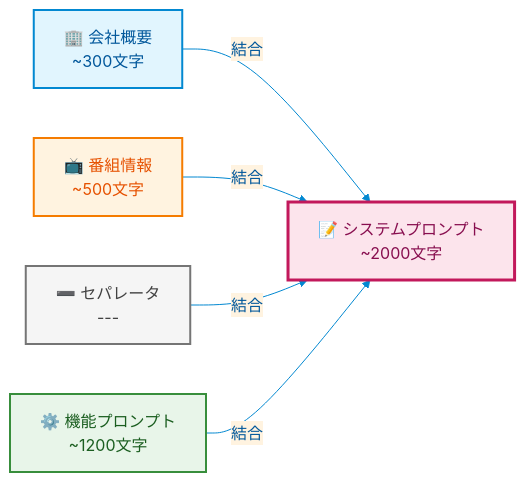
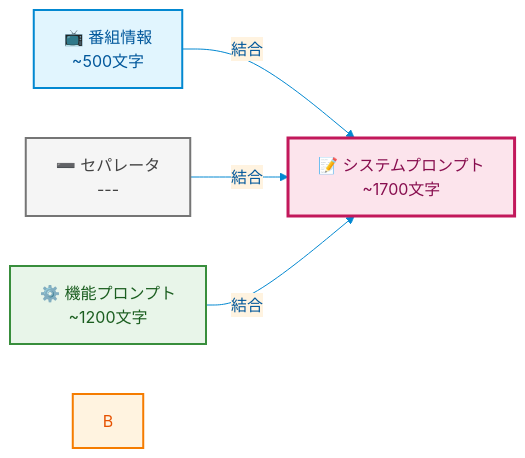
The fourth of 8 diagrams in docs/specs/api-integration/system-prompt-generation.md (langcore-org/united-productions-web), drawn with Mermaid before and after one commit. The commit also changed other lines of this file and 12 other files, not shown here.

````diff
--- a/docs/specs/api-integration/system-prompt-generation.md
+++ b/docs/specs/api-integration/system-prompt-generation.md
@@ -154,14 +154,13 @@
 ```mermaid
 %%{init: {'theme': 'base', 'themeVariables': { 'primaryColor': '#e1f5fe', 'primaryTextColor': '#01579b', 'primaryBorderColor': '#0288d1', 'lineColor': '#0288d1', 'secondaryColor': '#fff3e0', 'tertiaryColor': '#e8f5e9', 'background': '#fafafa'}}}%%
 graph LR
-    A[🏢 会社概要<br/>~300文字] -->|結合| C[📝 システムプロンプト<br/>~2000文字]
-    B[📺 番組情報<br/>~500文字] -->|結合| C
+    A[📺 番組情報<br/>~500文字] -->|結合| C[📝 システムプロンプト<br/>~1700文字]
     D[➖ セパレータ<br/>---] -->|結合| C
     E[⚙️ 機能プロンプト<br/>~1200文字] -->|結合| C
 
     style A fill:#e1f5fe,stroke:#0288d1,stroke-width:2px,color:#01579b
     style B fill:#fff3e0,stroke:#f57c00,stroke-width:2px,color:#e65100
     style D fill:#f5f5f5,stroke:#757575,stroke-width:2px,color:#424242
     style E fill:#e8f5e9,stroke:#388e3c,stroke-width:2px,color:#1b5e20
     style C fill:#fce4ec,stroke:#c2185b,stroke-width:3px,color:#880e4f
 ```
````
